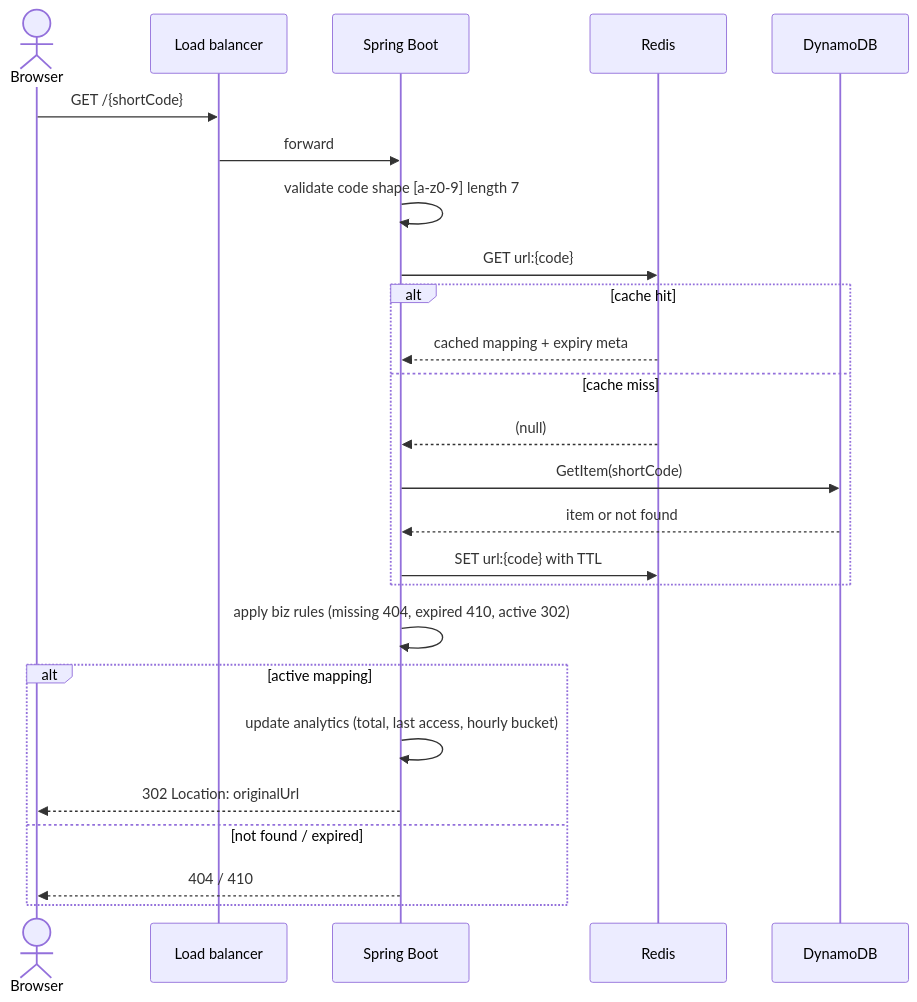
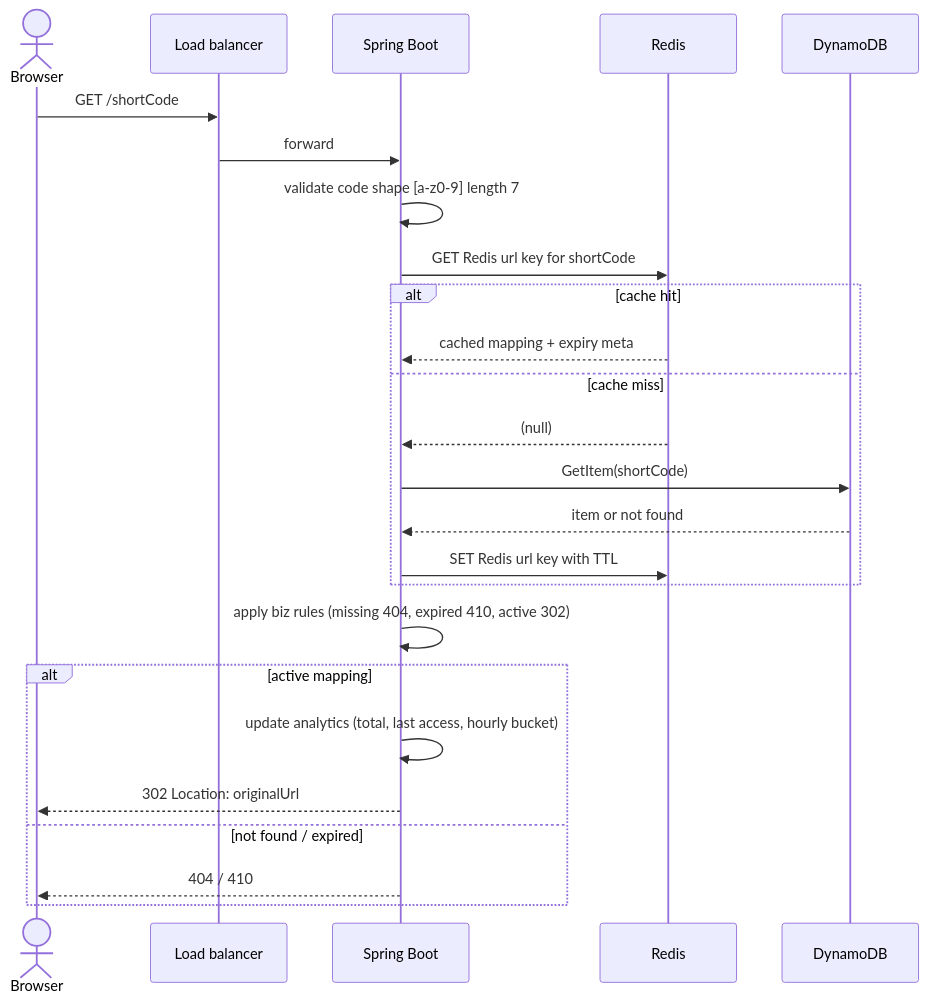
Before and after one commit to Srisakthi14/url-shortener: the fifth of 6 diagrams in docs/architecture.md, drawn with Mermaid. The commit also changed other lines of this file, not shown here.

Commit message:
Fix Mermaid parse errors: avoid curly braces in diagram labels

````diff
--- a/docs/architecture.md
+++ b/docs/architecture.md
@@ -143,28 +143,28 @@
 ```mermaid
 sequenceDiagram
   actor B as Browser
   participant ALB as Load balancer
   participant S as Spring Boot
   participant R as Redis
   participant D as DynamoDB
 
-  B->>ALB: GET /{shortCode}
+  B->>ALB: GET /shortCode
   ALB->>S: forward
   S->>S: validate code shape [a-z0-9] length 7
-  S->>R: GET url:{code}
+  S->>R: GET Redis url key for shortCode
   alt cache hit
     R-->>S: cached mapping + expiry meta
   else cache miss
     R-->>S: (null)
     S->>D: GetItem(shortCode)
     D-->>S: item or not found
-    S->>R: SET url:{code} with TTL
+    S->>R: SET Redis url key with TTL
   end
   S->>S: apply biz rules (missing 404, expired 410, active 302)
   alt active mapping
     S->>S: update analytics (total, last access, hourly bucket)
     S-->>B: 302 Location: originalUrl
   else not found / expired
     S-->>B: 404 / 410
   end
 ```
````
